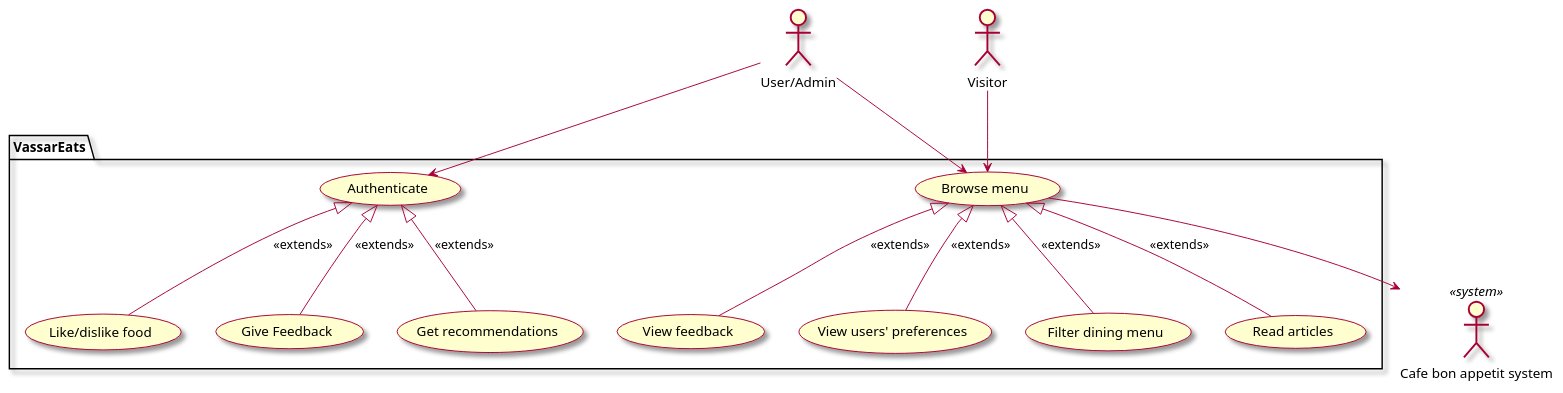
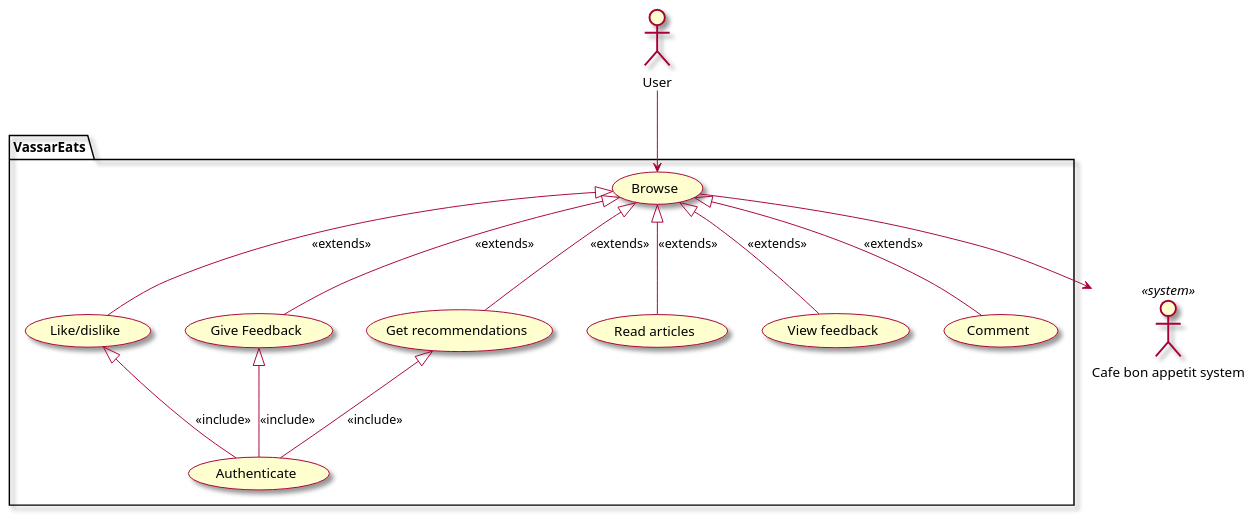
One commit to EzekielEkanem/team-1d changed the diagram in intellij/doc/vision.md. Above: the diagram before and after it, drawn with PlantUML. The commit also changed 12 other files, not shown here.

````diff
--- a/intellij/doc/vision.md
+++ b/intellij/doc/vision.md
@@ -35,41 +35,41 @@
 ```plantuml
 skin rose
 
 ' human actors
-actor "User/Admin" as user
-actor "Visitor" as visitor
+actor "User" as user
 
 ' system actors
 actor "Cafe bon appetit system" <<system>> as cafebonappetit
 
 ' list all use cases in package
 package VassarEats{
-    usecase "Authenticate" as authenticate
     
-    usecase "Browse menu" as browseMenu
-    usecase "Like/dislike food" as preferenceType
+    usecase "Browse" as browseMenu
+    usecase "Like/dislike" as preferenceType
     usecase "Give Feedback" as giveFeedback
     usecase "Get recommendations" as getRecommendations
-    usecase "View users' preferences" as viewUsersPreferences
-    usecase "Filter dining menu" as filterOptions
     usecase "Read articles" as readArticles
     usecase "View feedback" as viewFeedback
+    usecase "Comment" as comment
+    
+    usecase "Authenticate" as authenticate
 }
 
 ' list relationships between actors and use cases
 user --> browseMenu
-user --> authenticate
-visitor --> browseMenu
 
-browseMenu <|-- viewUsersPreferences : <<extends>>
-browseMenu <|-- filterOptions : <<extends>>
 browseMenu <|-- readArticles : <<extends>>
 browseMenu <|-- viewFeedback : <<extends>>
+browseMenu <|-- giveFeedback : <<extends>>
+browseMenu <|-- preferenceType : <<extends>>
+browseMenu <|-- getRecommendations : <<extends>>
+browseMenu <|-- comment : <<extends>>
 
-authenticate <|-- giveFeedback : <<extends>>
-authenticate <|-- preferenceType : <<extends>>
-authenticate <|-- getRecommendations : <<extends>>
+giveFeedback <|-- authenticate : <<include>>
+preferenceType <|-- authenticate : <<include>>
+getRecommendations <|-- authenticate : <<include>>
+
 
 ' system actors
 browseMenu --> cafebonappetit
 ```
````
